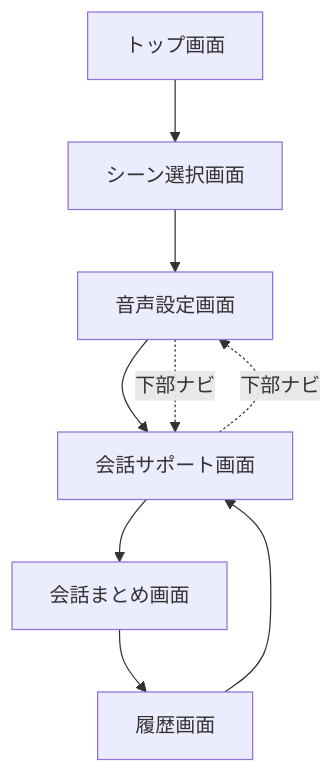
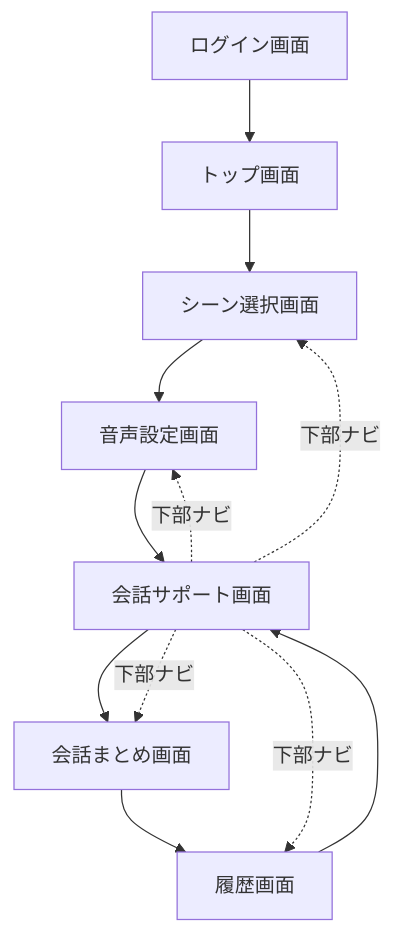
Before and after one commit to KaichoHarry/talk-seed: the first of 2 diagrams in docs/UI_UX_Yuki.md, drawn with Mermaid. The commit also changed other lines of this file and 4 other files, not shown here.

````diff
--- a/docs/UI_UX_Yuki.md
+++ b/docs/UI_UX_Yuki.md
@@ -93,11 +95,14 @@
 ```mermaid
 flowchart TD
-    A[トップ画面] --> B[シーン選択画面]
+    L[ログイン画面] --> A[トップ画面]
+    A --> B[シーン選択画面]
     B --> V[音声設定画面]
     V --> C[会話サポート画面]
     C --> D[会話まとめ画面]
     D --> E[履歴画面]
     E --> C
+    C -.下部ナビ.-> B
     C -.下部ナビ.-> V
-    V -.下部ナビ.-> C
+    C -.下部ナビ.-> D
+    C -.下部ナビ.-> E
 ```
````
